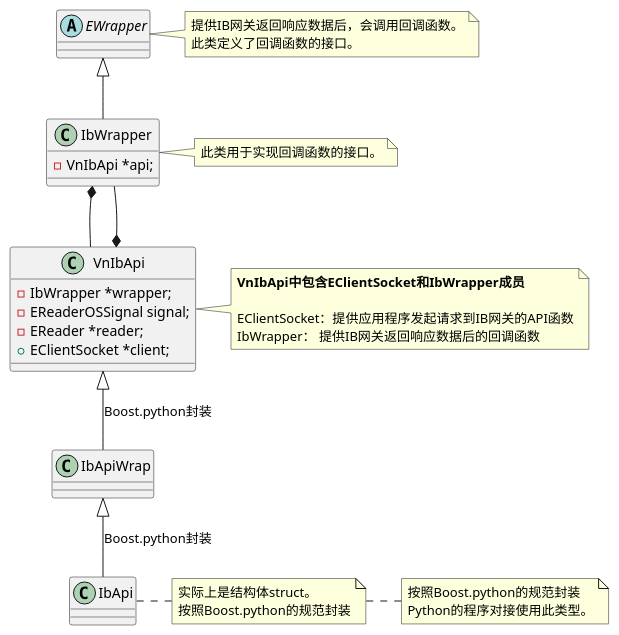
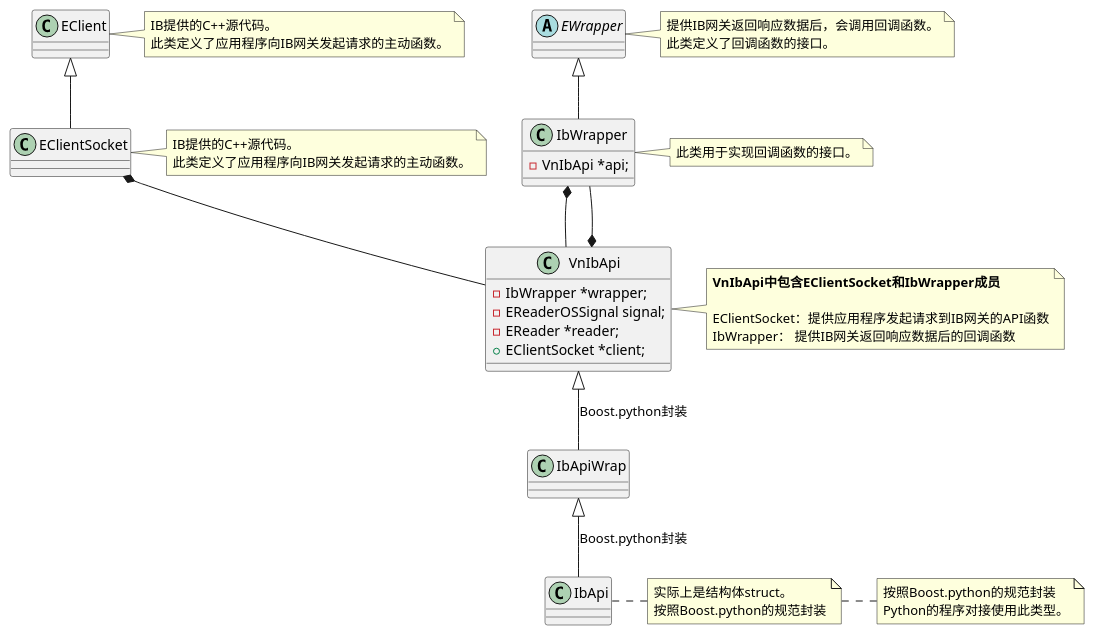
The diagram in UML/IbApi.puml (vnpy/vnpy), drawn with PlantUML before and after one commit. The commit also changed 2 other files, not shown here.

```diff
--- a/UML/IbApi.puml
+++ b/UML/IbApi.puml
@@ -1,59 +1,75 @@
 @startuml
 
+class EClient
+class EClientSocket
 abstract class EWrapper
 class  IbWrapper
 class VnIbApi
 class IbApiWrap
 class IbApi
 
+EClient <|-- EClientSocket
 
 EWrapper <|-- IbWrapper
 IbWrapper *-- VnIbApi
+EClientSocket *-- VnIbApi
 IbWrapper --* VnIbApi
 VnIbApi <|-- IbApiWrap : Boost.python封装
 note right
 实际上是结构体struct。
 按照Boost.python的规范封装
 end note
 
 IbApiWrap <|-- IbApi : Boost.python封装
 note right
 按照Boost.python的规范封装
 Python的程序对接使用此类型。
 end note
 
 
+class EClient {
+}
+note right
+IB提供的C++源代码。
+此类定义了应用程序向IB网关发起请求的主动函数。
+end note
 
+class EClientSocket {
+}
+note right
+IB提供的C++源代码。
+此类定义了应用程序向IB网关发起请求的主动函数。
+end note
 
 abstract class EWrapper {
 }
 note right
 提供IB网关返回响应数据后，会调用回调函数。
 此类定义了回调函数的接口。
 end note
 
 class IbWrapper {
         - VnIbApi *api;
 }
 note right
 此类用于实现回调函数的接口。
 end note
 
 class VnIbApi {
 	- IbWrapper *wrapper;
 	- EReaderOSSignal signal;
 	- EReader *reader;
 	+ EClientSocket *client;
 }
 note right
 **VnIbApi中包含EClientSocket和IbWrapper成员**
 
 EClientSocket：提供应用程序发起请求到IB网关的API函数
 IbWrapper： 提供IB网关返回响应数据后的回调函数
 end note
 
 
 
 
 
 @enduml
```
